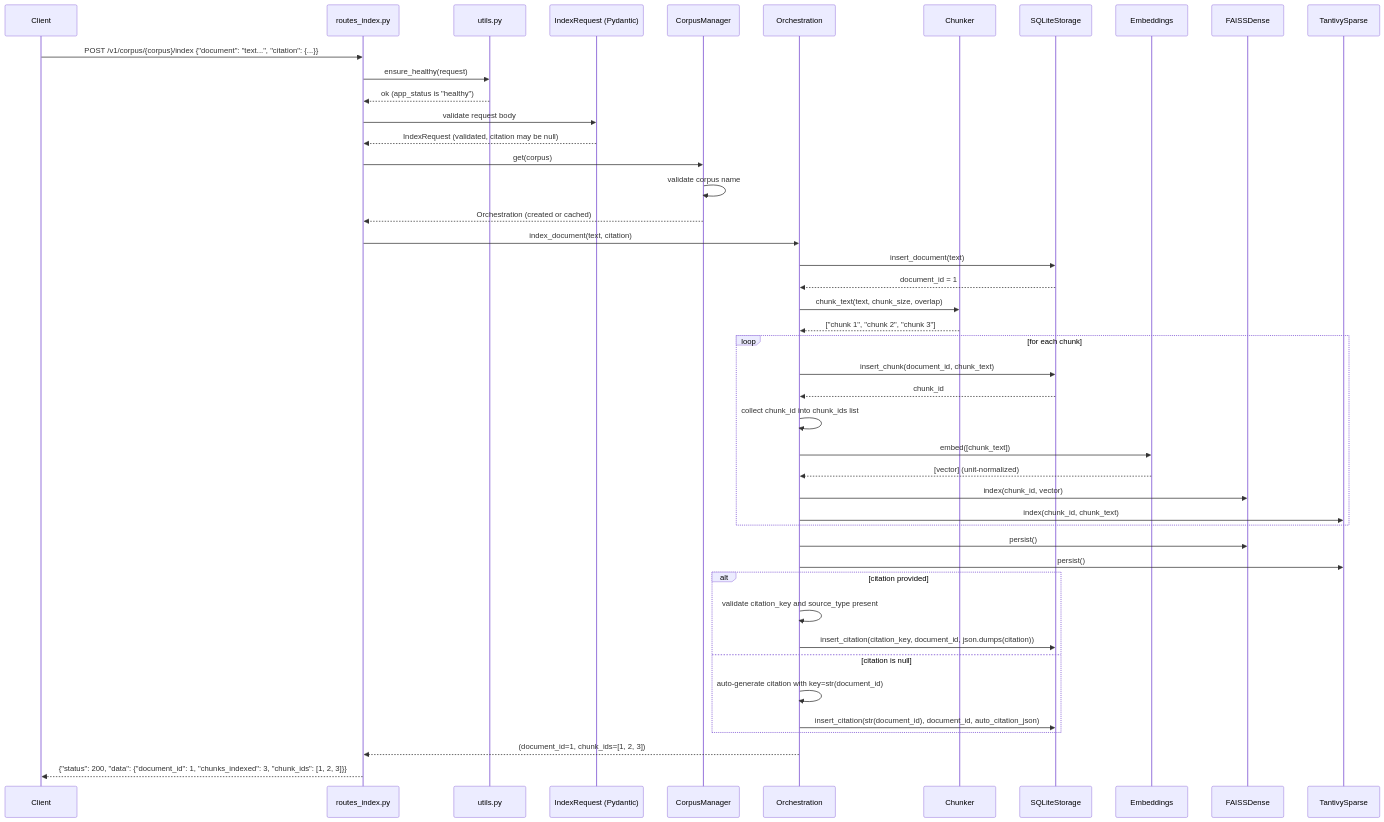
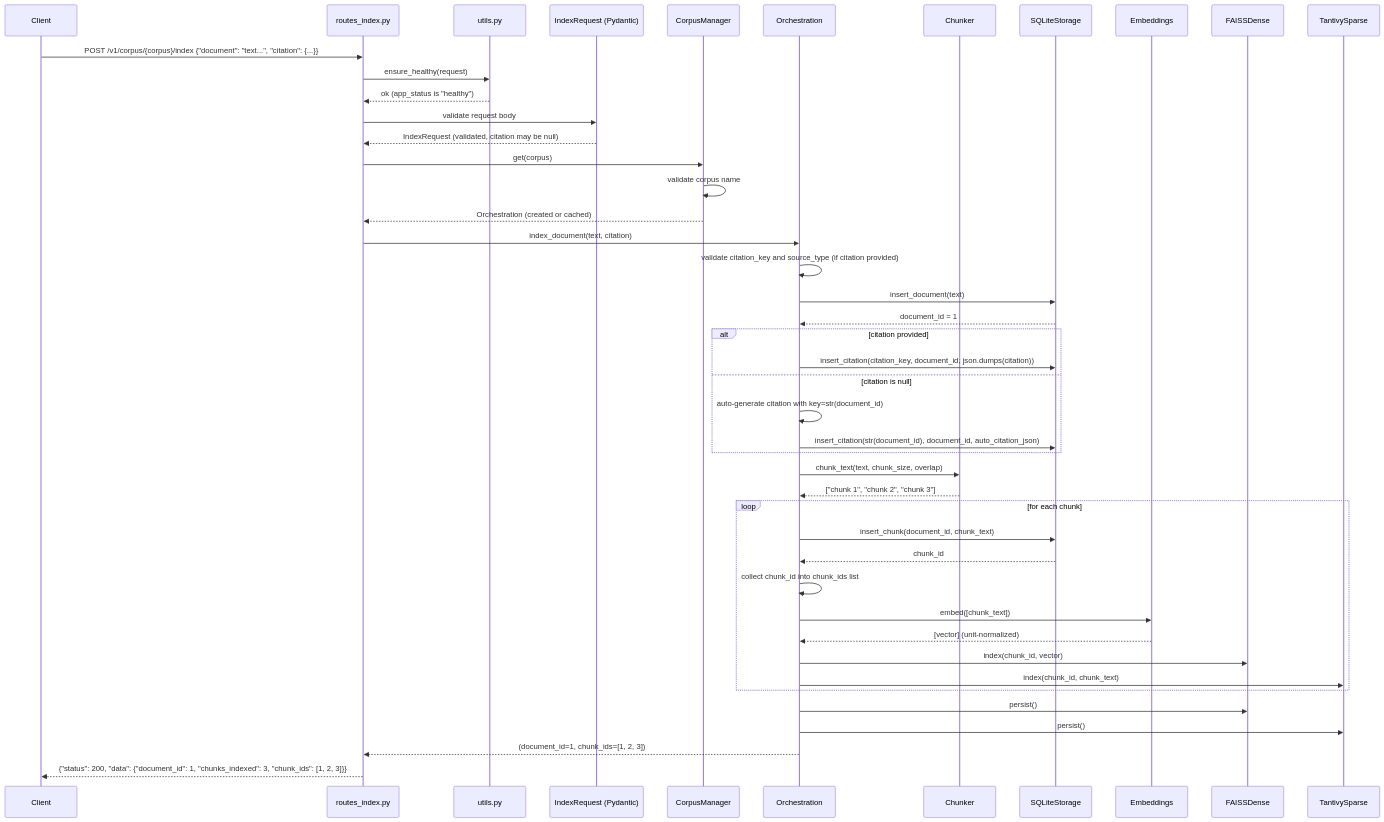
The third of 10 diagrams in docs/SPECIFICATION-DATA-FLOW.md (florianbuetow/mini-rag), drawn with Mermaid before and after one commit. The commit also changed other lines of this file and 12 other files, not shown here.

````diff
--- a/docs/SPECIFICATION-DATA-FLOW.md
+++ b/docs/SPECIFICATION-DATA-FLOW.md
@@ -442,48 +442,48 @@
 ```mermaid
 sequenceDiagram
     participant C as Client
     participant R as routes_index.py
     participant U as utils.py
     participant PM as IndexRequest (Pydantic)
     participant CM as CorpusManager
     participant O as Orchestration
     participant CH as Chunker
     participant ST as SQLiteStorage
     participant E as Embeddings
     participant D as FAISSDense
     participant SP as TantivySparse
 
     C->>R: POST /v1/corpus/{corpus}/index {"document": "text...", "citation": {...}}
     R->>U: ensure_healthy(request)
     U-->>R: ok (app_status is "healthy")
     R->>PM: validate request body
     PM-->>R: IndexRequest (validated, citation may be null)
     R->>CM: get(corpus)
     CM->>CM: validate corpus name
     CM-->>R: Orchestration (created or cached)
     R->>O: index_document(text, citation)
+    O->>O: validate citation_key and source_type (if citation provided)
     O->>ST: insert_document(text)
     ST-->>O: document_id = 1
+    alt citation provided
+        O->>ST: insert_citation(citation_key, document_id, json.dumps(citation))
+    else citation is null
+        O->>O: auto-generate citation with key=str(document_id)
+        O->>ST: insert_citation(str(document_id), document_id, auto_citation_json)
+    end
     O->>CH: chunk_text(text, chunk_size, overlap)
     CH-->>O: ["chunk 1", "chunk 2", "chunk 3"]
     loop for each chunk
         O->>ST: insert_chunk(document_id, chunk_text)
         ST-->>O: chunk_id
         O->>O: collect chunk_id into chunk_ids list
         O->>E: embed([chunk_text])
         E-->>O: [vector] (unit-normalized)
         O->>D: index(chunk_id, vector)
         O->>SP: index(chunk_id, chunk_text)
     end
     O->>D: persist()
     O->>SP: persist()
-    alt citation provided
-        O->>O: validate citation_key and source_type present
-        O->>ST: insert_citation(citation_key, document_id, json.dumps(citation))
-    else citation is null
-        O->>O: auto-generate citation with key=str(document_id)
-        O->>ST: insert_citation(str(document_id), document_id, auto_citation_json)
-    end
     O-->>R: (document_id=1, chunk_ids=[1, 2, 3])
     R-->>C: {"status": 200, "data": {"document_id": 1, "chunks_indexed": 3, "chunk_ids": [1, 2, 3]}}
 ```
````
